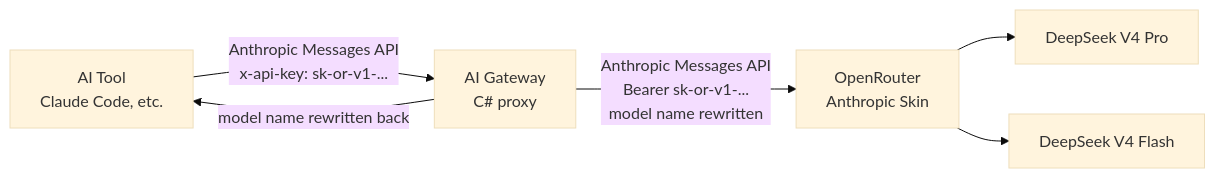
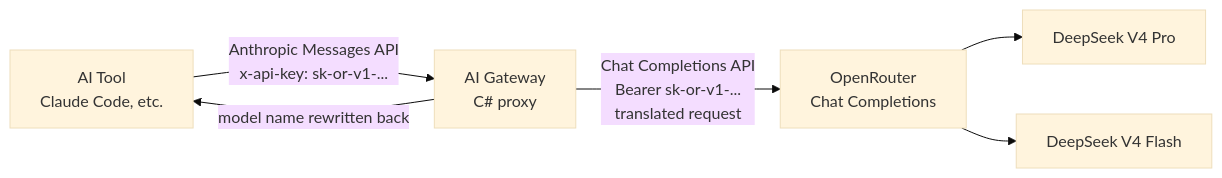
The diagram in README.md (Shepherd0619/ai-gateway), drawn with Mermaid (base theme) before and after one commit. The commit also changed other lines of this file and 17 other files, not shown here.

First line of the commit message:
feat: translate Anthropic Messages to OpenAI APIs

````diff
--- a/README.md
+++ b/README.md
@@ -14,14 +14,14 @@
 ```mermaid
 flowchart LR
     A[AI Tool<br/>Claude Code, etc.]
     B[AI Gateway<br/>C# proxy]
-    C[OpenRouter<br/>Anthropic Skin]
+    C[OpenRouter<br/>Chat Completions]
     D[DeepSeek V4 Pro]
     E[DeepSeek V4 Flash]
 
     A -- "Anthropic Messages API<br/>x-api-key: sk-or-v1-..." --> B
-    B -- "Anthropic Messages API<br/>Bearer sk-or-v1-...<br/>model name rewritten" --> C
+    B -- "Chat Completions API<br/>Bearer sk-or-v1-...<br/>translated request" --> C
     C --> D
     C --> E
     B -- "model name rewritten back" --> A
 ```
````
